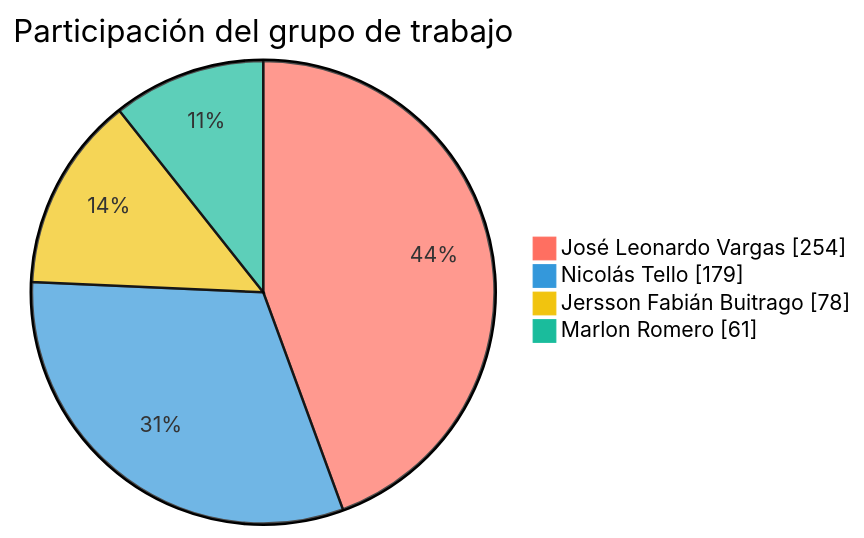
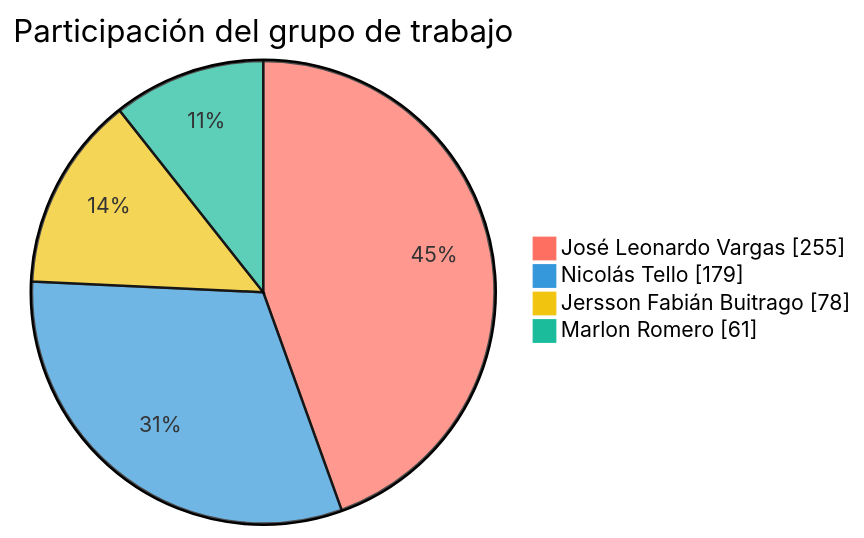
Before and after one commit to FarmaExpres/FarmaExpres: the first of 2 diagrams in README.md, drawn with Mermaid. The commit also changed other lines of this file and 1 other file, not shown here.

````diff
--- a/README.md
+++ b/README.md
@@ -389,9 +389,9 @@
 ```mermaid
 %%{init: {"themeVariables": {"pie1": "#ff6f61", "pie2": "#3498db", "pie3": "#f1c40f", "pie4": "#1abc9c", "pieLabelColor": "#000000", "pieLabelFontSize": "24px", "pieLabelFontWeight": "700"}}}%%
 pie showData
     title Participación del grupo de trabajo
-    "José Leonardo Vargas" : 254
+    "José Leonardo Vargas" : 255
     "Nicolás Tello" : 179
     "Jersson Fabián Buitrago" : 78
     "Marlon Romero" : 61
 ```
````
